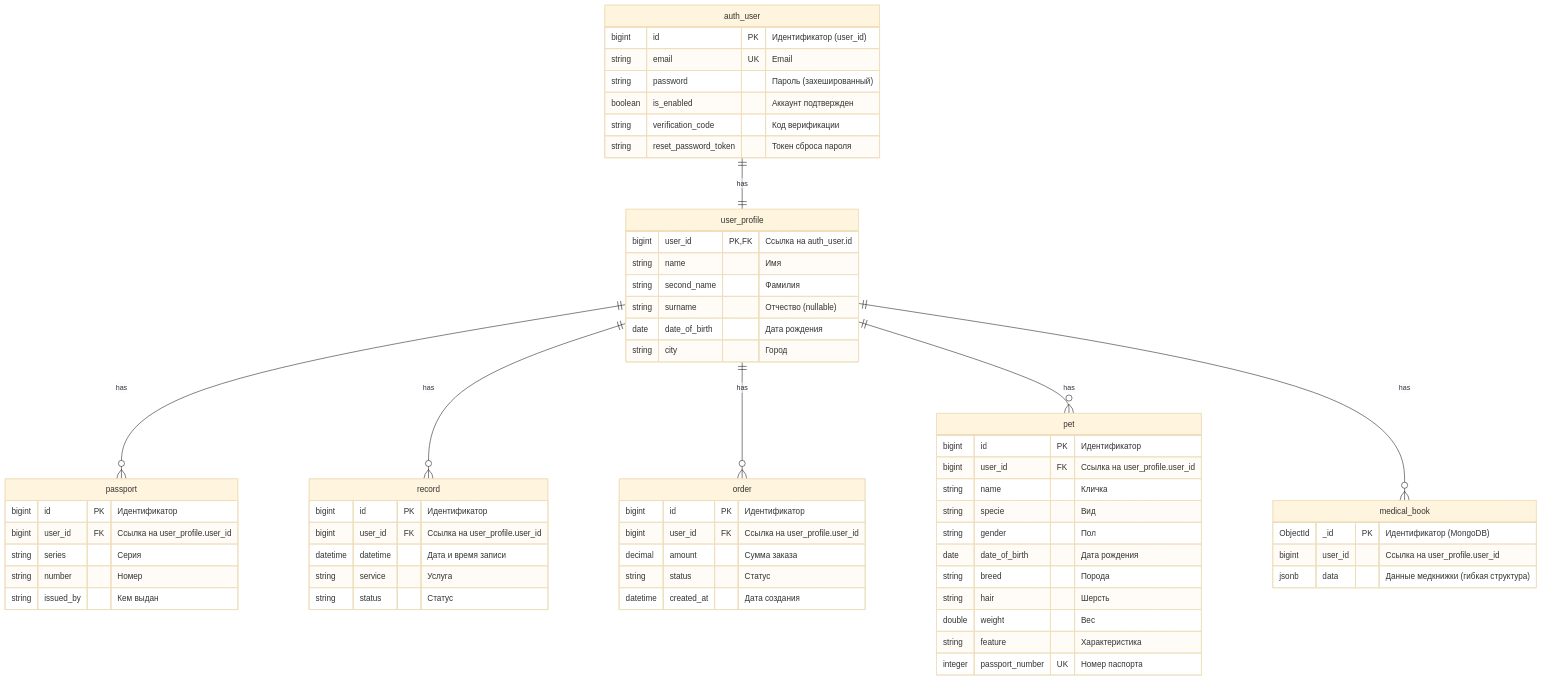
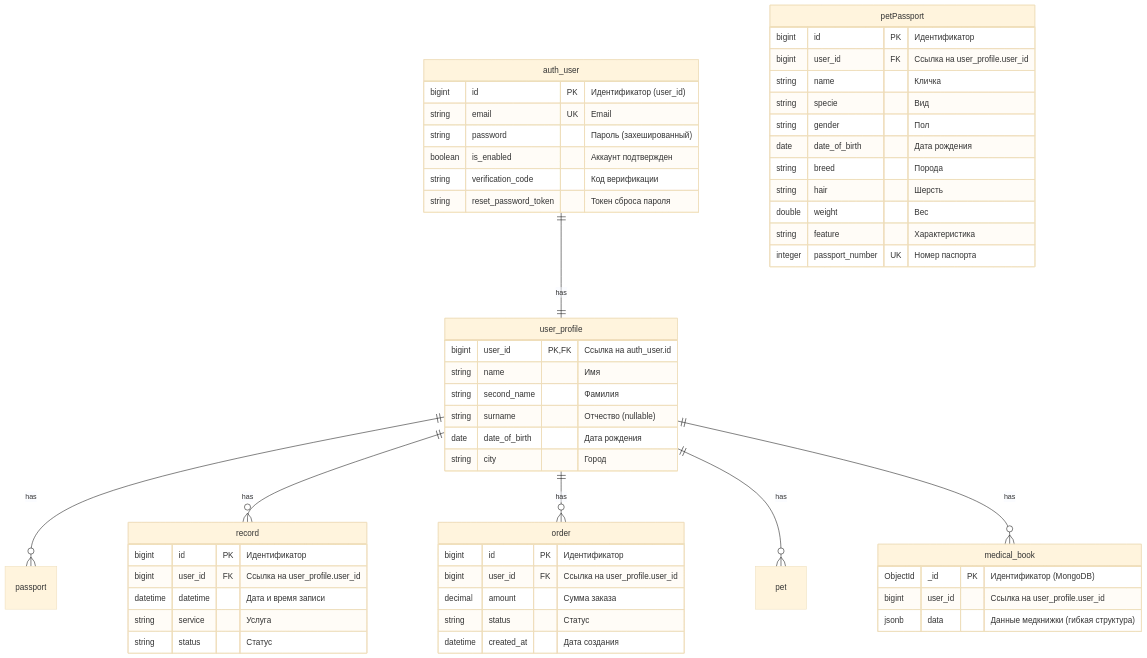
Before and after one commit to rootmarkexe/diagramms: the diagram in README.md, drawn with Mermaid (base theme).

````diff
--- a/README.md
+++ b/README.md
@@ -1,71 +1,63 @@
 ```mermaid
 erDiagram
   auth_user ||--|| user_profile : has
     user_profile ||--o{ passport : has
     user_profile ||--o{ record : has
     user_profile ||--o{ order : has
     user_profile ||--o{ pet : has
     user_profile ||--o{ medical_book : has
 
     auth_user {
         bigint id PK "Идентификатор (user_id)"
         string email UK "Email"
         string password "Пароль (захешированный)"
         boolean is_enabled "Аккаунт подтвержден"
         string verification_code "Код верификации"
         string reset_password_token "Токен сброса пароля"
     }
 
     user_profile {
         bigint user_id PK,FK "Ссылка на auth_user.id"
         string name "Имя"
         string second_name "Фамилия"
         string surname "Отчество (nullable)"
         date date_of_birth "Дата рождения"
         string city "Город"
     }
 
-    passport {
-        bigint id PK "Идентификатор"
-        bigint user_id FK "Ссылка на user_profile.user_id"
-        string series "Серия"
-        string number "Номер"
-        string issued_by "Кем выдан"
-    }
-
     record {
         bigint id PK "Идентификатор"
         bigint user_id FK "Ссылка на user_profile.user_id"
         datetime datetime "Дата и время записи"
         string service "Услуга"
         string status "Статус"
     }
 
     order {
         bigint id PK "Идентификатор"
         bigint user_id FK "Ссылка на user_profile.user_id"
         decimal amount "Сумма заказа"
         string status "Статус"
         datetime created_at "Дата создания"
     }
 
-    pet {
+    petPassport {
         bigint id PK "Идентификатор"
         bigint user_id FK "Ссылка на user_profile.user_id"
         string name "Кличка"
         string specie "Вид"
         string gender "Пол"
         date date_of_birth "Дата рождения"
         string breed "Порода"
         string hair "Шерсть"
         double weight "Вес"
         string feature "Характеристика"
         integer passport_number UK "Номер паспорта"
     }
 
     medical_book {
         ObjectId _id PK "Идентификатор (MongoDB)"
         bigint user_id "Ссылка на user_profile.user_id"
         jsonb data "Данные медкнижки (гибкая структура)"
     }
 ```
````
